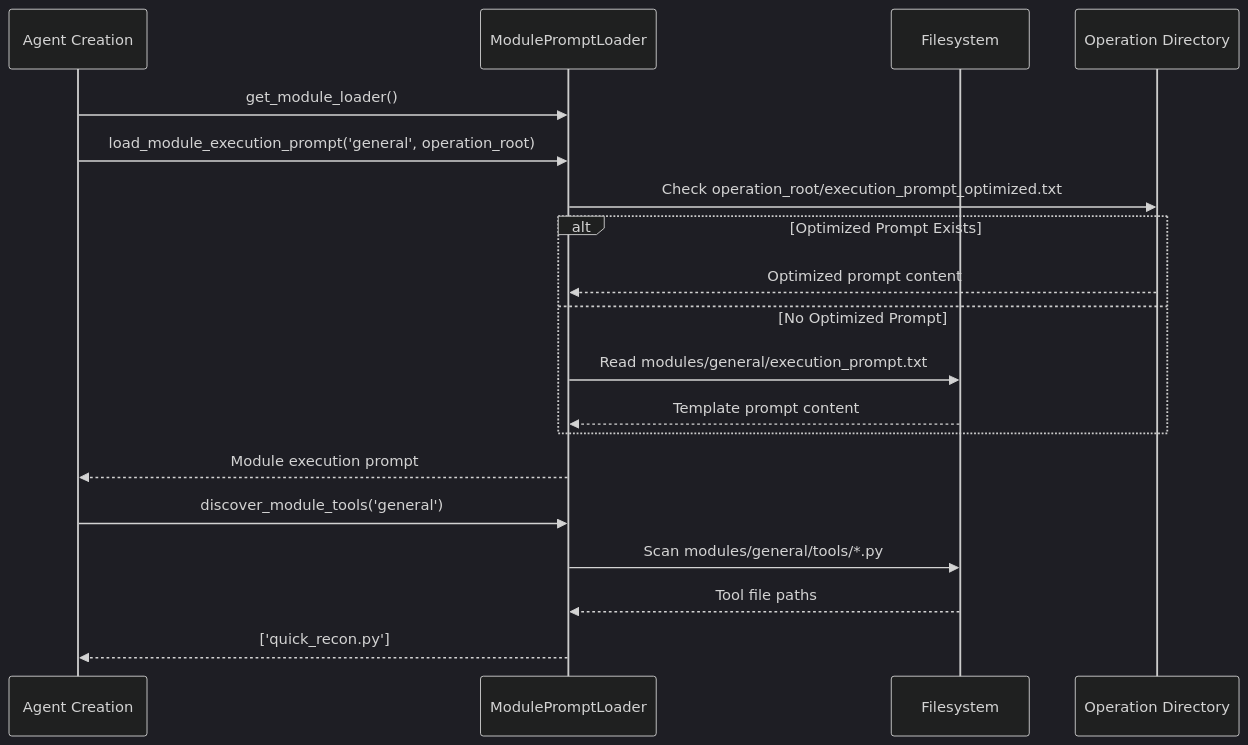
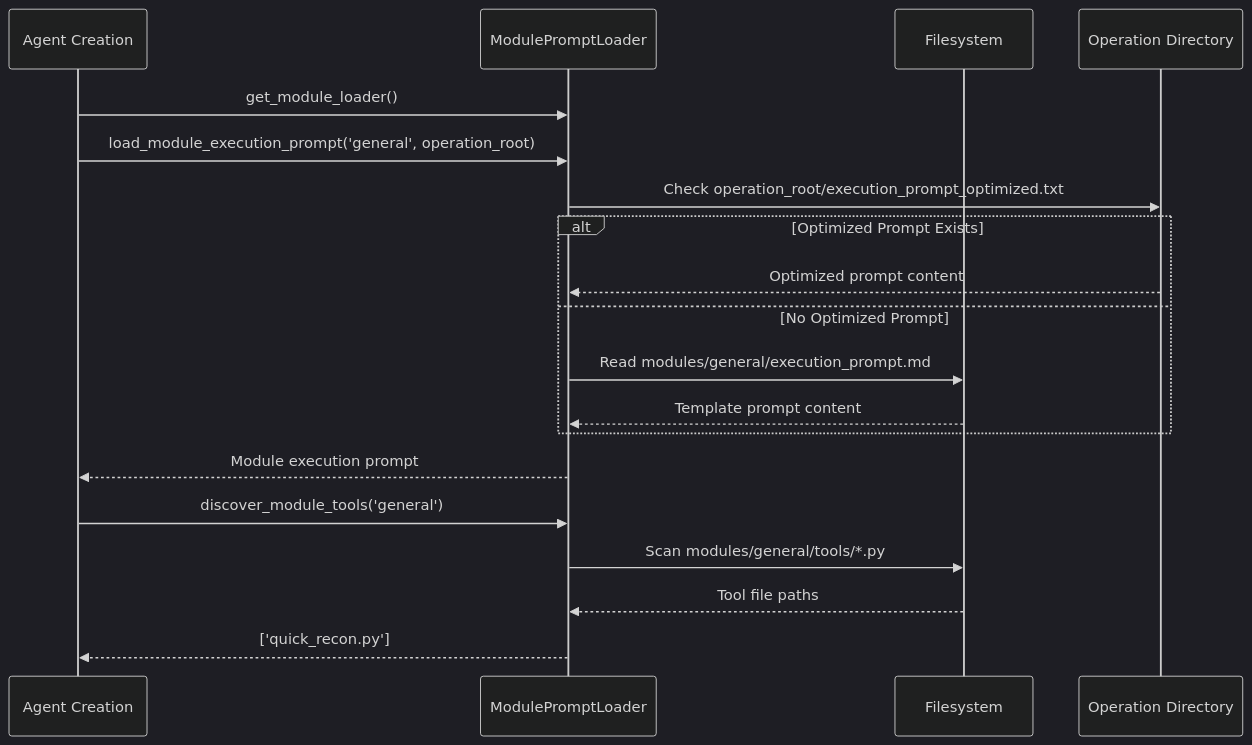
The second of 5 diagrams in docs/prompt_management.md (westonbrown/Cyber-AutoAgent), drawn with Mermaid (dark theme) before and after one commit. The commit also changed other lines of this file, not shown here.

````diff
--- a/docs/prompt_management.md
+++ b/docs/prompt_management.md
@@ -104,23 +104,23 @@
 ```mermaid
 sequenceDiagram
     participant A as Agent Creation
     participant L as ModulePromptLoader
     participant F as Filesystem
     participant P as Operation Directory
 
     A->>L: get_module_loader()
     A->>L: load_module_execution_prompt('general', operation_root)
     L->>P: Check operation_root/execution_prompt_optimized.txt
     alt Optimized Prompt Exists
         P-->>L: Optimized prompt content
     else No Optimized Prompt
-        L->>F: Read modules/general/execution_prompt.txt
+        L->>F: Read modules/general/execution_prompt.md
         F-->>L: Template prompt content
     end
     L-->>A: Module execution prompt
 
     A->>L: discover_module_tools('general')
     L->>F: Scan modules/general/tools/*.py
     F-->>L: Tool file paths
     L-->>A: ['quick_recon.py']
 ```
````
